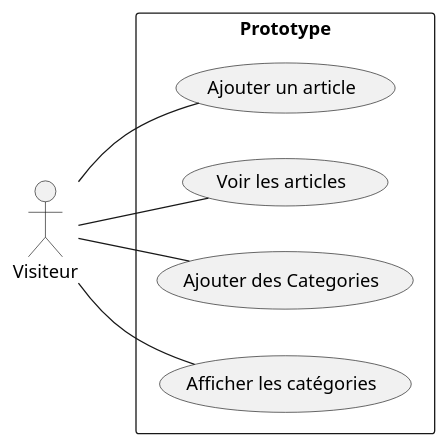
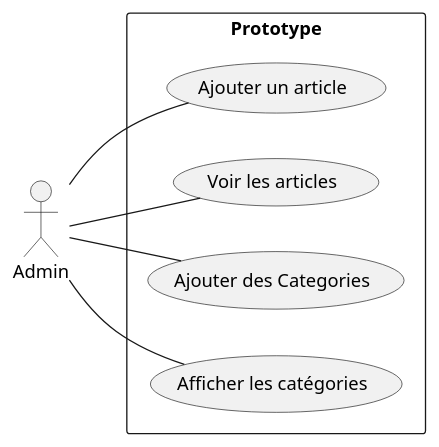
One commit to DevZakariaAz/Mastering-Eloquent-ORM changed the diagram in Conception_générique_Prototype/Use_Case.puml. Above: the diagram before and after it, drawn with PlantUML.

```diff
--- a/Conception_générique_Prototype/Use_Case.puml
+++ b/Conception_générique_Prototype/Use_Case.puml
@@ -1,12 +1,12 @@
 @startuml
 left to right direction
-actor Visiteur
+actor Admin
 
 rectangle "Prototype" {
-    Visiteur -- (Ajouter un article)
-    Visiteur -- (Voir les articles)
-    Visiteur -- (Ajouter des Categories)
-    Visiteur -- (Afficher les catégories)
+    Admin -- (Ajouter un article)
+    Admin -- (Voir les articles)
+    Admin -- (Ajouter des Categories)
+    Admin -- (Afficher les catégories)
 }
 
 @enduml
```
